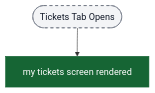
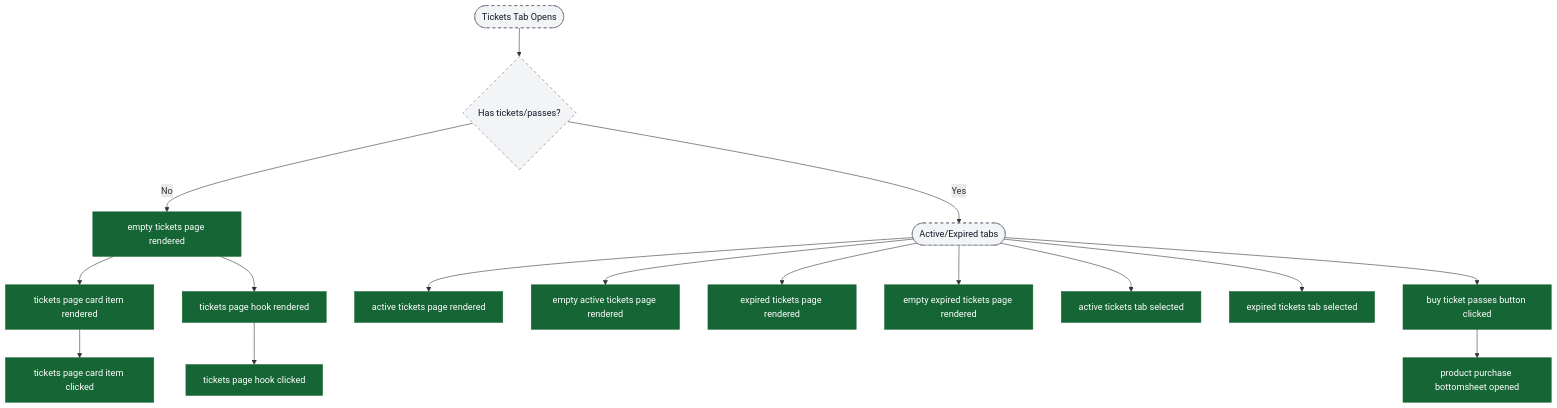
The seventh of 18 diagrams in content/analytics/home/flow-diagrams.md (ratulsarna/chalo-app-dashboard), drawn with Mermaid before and after one commit. The commit also changed other lines of this file and 6 other files, not shown here.

Commit message:
feat(analytics): update flow mappings, enhance event definitions, and improve validation logic

````diff
--- a/content/analytics/home/flow-diagrams.md
+++ b/content/analytics/home/flow-diagrams.md
@@ -197,11 +197,31 @@
 ```mermaid
 flowchart TD
-  ui_ticketsScreen([Tickets Tab Opens]) --> ev_myTicketsScreenRendered["my tickets screen rendered"]
+  ui_ticketsScreen([Tickets Tab Opens]) --> ui_ticketData{Has tickets/passes?}
+
+  ui_ticketData -->|No| ev_emptyTickets["empty tickets page rendered"]
+  ui_ticketData -->|Yes| ui_ticketTabs([Active/Expired tabs])
+
+  ui_ticketTabs --> ev_activeRendered["active tickets page rendered"]
+  ui_ticketTabs --> ev_emptyActiveRendered["empty active tickets page rendered"]
+  ui_ticketTabs --> ev_expiredRendered["expired tickets page rendered"]
+  ui_ticketTabs --> ev_emptyExpiredRendered["empty expired tickets page rendered"]
+
+  ui_ticketTabs --> ev_activeSelected["active tickets tab selected"]
+  ui_ticketTabs --> ev_expiredSelected["expired tickets tab selected"]
+
+  ev_emptyTickets --> ev_ticketsCardRendered["tickets page card item rendered"]
+  ev_ticketsCardRendered --> ev_ticketsCardClicked["tickets page card item clicked"]
+
+  ev_emptyTickets --> ev_ticketsHookRendered["tickets page hook rendered"]
+  ev_ticketsHookRendered --> ev_ticketsHookClicked["tickets page hook clicked"]
+
+  ui_ticketTabs --> ev_buyClicked["buy ticket passes button clicked"]
+  ev_buyClicked --> ev_purchaseBottomsheet["product purchase bottomsheet opened"]
 
   classDef event fill:#166534,stroke:#166534,color:#ffffff;
   classDef ui fill:#f3f4f6,stroke:#6b7280,stroke-dasharray: 5 5,color:#111827;
   classDef external fill:#ffffff,stroke:#6b7280,stroke-dasharray: 3 3,color:#111827;
 
-  class ev_myTicketsScreenRendered event;
-  class ui_ticketsScreen ui;
+  class ev_emptyTickets,ev_activeRendered,ev_emptyActiveRendered,ev_expiredRendered,ev_emptyExpiredRendered,ev_activeSelected,ev_expiredSelected,ev_ticketsCardRendered,ev_ticketsCardClicked,ev_ticketsHookRendered,ev_ticketsHookClicked,ev_buyClicked,ev_purchaseBottomsheet event;
+  class ui_ticketsScreen,ui_ticketData,ui_ticketTabs ui;
 ```
````
